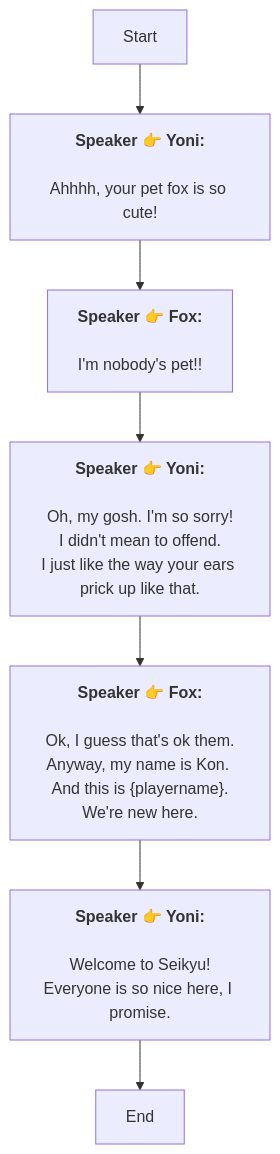
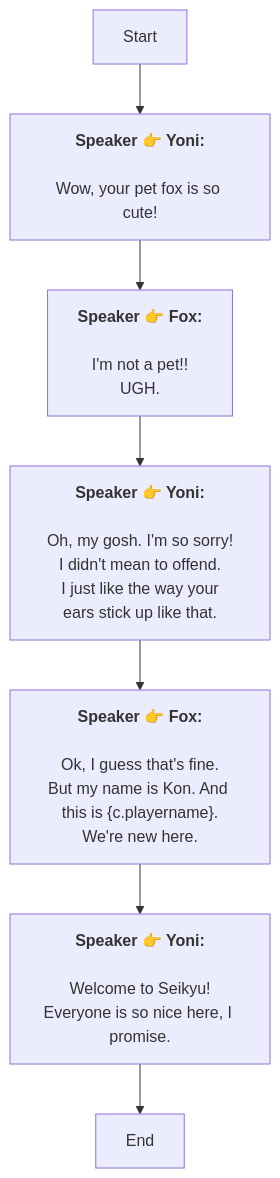
The diagram in En/AddDialogNode_1769060745263141.md (SoftHu/tos_avg), drawn with Mermaid before and after one commit. The commit also changed 410 other files, not shown here.

````diff
--- a/En/AddDialogNode_1769060745263141.md
+++ b/En/AddDialogNode_1769060745263141.md
@@ -1,18 +1,19 @@
 ```mermaid
 graph
 Start -->1769060807082024[<b>Speaker 👉 Yoni:</b>
-\nAhhhh, your pet fox is so cute!]
+\nWow, your pet fox is so cute!]
 1769060807082024 -->1769060869299242[<b>Speaker 👉 Fox:</b>
-\nI'm nobody's pet!!]
+\nI'm not a pet!!
+UGH.]
 1769060869299242 -->1769060887749675[<b>Speaker 👉 Yoni:</b>
 \nOh, my gosh. I'm so sorry!
-I didn't mean to offend.\nI just like the way your ears prick up like that. ]
+I didn't mean to offend.\n I just like the way your ears stick up like that.]
 1769060887749675 -->1769060918300716[<b>Speaker 👉 Fox:</b>
-\nOk, I guess that's ok them.\nAnyway, my name is Kon. And this is &lbrace;playername&rbrace;.
-We're new here. ]
+\nOk, I guess that's fine.\nBut my name is Kon. And this is &lbrace;c.playername&rbrace;.
+We're new here.]
 1769060918300716 -->1769061040286765[<b>Speaker 👉 Yoni:</b>
 \nWelcome to Seikyu!
-Everyone is so nice here, I promise. ]
+Everyone is so nice here, I promise.]
 1769061040286765 -->1769061052779566[End]
 
 ```
````
